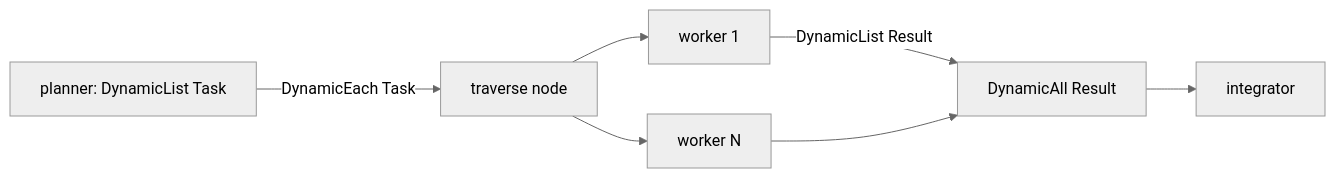
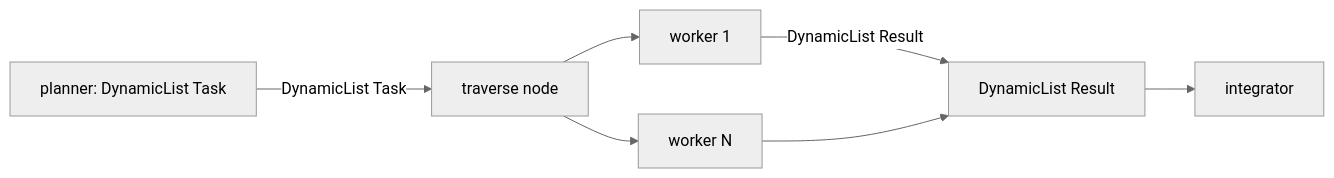
Before and after one commit to Demezy/nefor: the second of 3 diagrams in mag/book/02. nefor/03. Hierarchical Composition.md, drawn with Mermaid (neutral theme). The commit also changed other lines of this file and 32 other files, not shown here.

````diff
--- a/mag/book/02. nefor/03. Hierarchical Composition.md
+++ b/mag/book/02. nefor/03. Hierarchical Composition.md
@@ -61,9 +61,9 @@
 ```mermaid
 flowchart LR
-  planner["planner: DynamicList Task"] -->|"DynamicEach Task"| expand["traverse node"]
+  planner["planner: DynamicList Task"] -->|"DynamicList Task"| expand["traverse node"]
   expand --> worker1["worker 1"]
   expand --> workerN["worker N"]
-  worker1 -->|"DynamicList Result"| context["DynamicAll Result"]
+  worker1 -->|"DynamicList Result"| context["DynamicList Result"]
   workerN --> context
   context --> integrator["integrator"]
 ```
````
